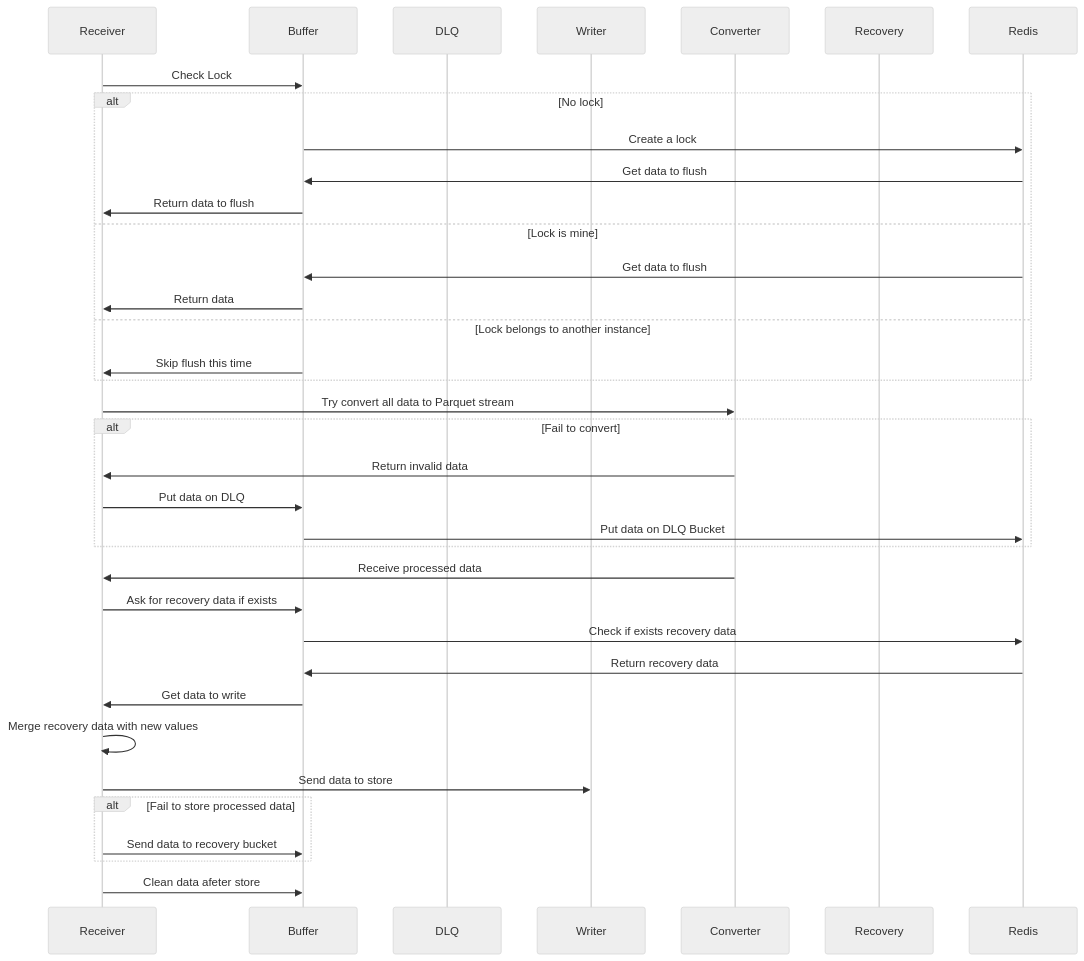
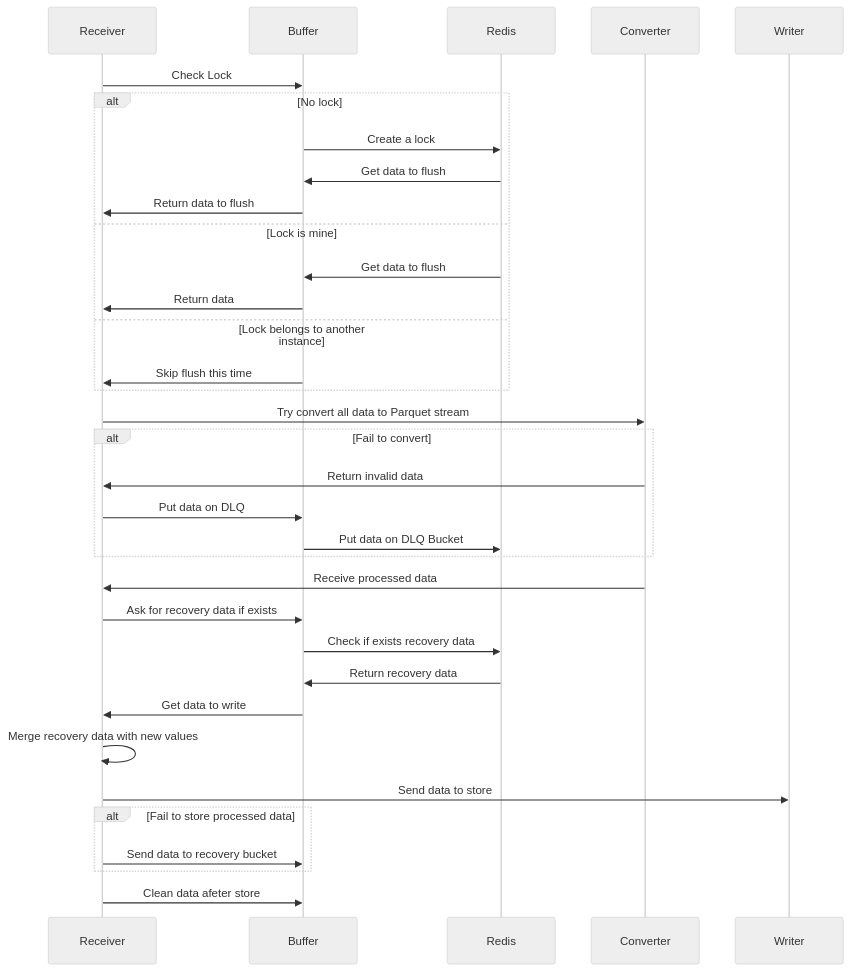
Before and after one commit to RafaelFino/Data2Parquet-go: the second of 2 diagrams in README.md, drawn with Mermaid (neutral theme). The commit also changed other lines of this file and 5 other files, not shown here.

````diff
--- a/README.md
+++ b/README.md
@@ -29,43 +28,41 @@
 ```mermaid
 sequenceDiagram
     participant Receiver
     participant Buffer
-    participant DLQ
-    participant Writer
-    participant Converter
-    participant Recovery
     participant Redis
+    participant Converter    
+	participant Writer
 
 	Receiver->>Buffer: Check Lock
 	alt No lock
 		Buffer->>Redis: Create a lock
 		Redis->>Buffer: Get data to flush
 		Buffer->>Receiver: Return data to flush
     else Lock is mine
 		Redis->>Buffer: Get data to flush
         Buffer->>Receiver: Return data		
     else Lock belongs to another instance
         Buffer->>Receiver: Skip flush this time
     end
 	
 	Receiver->>Converter: Try convert all data to Parquet stream	
 	alt Fail to convert
 		Converter->>Receiver: Return invalid data
 		Receiver->>Buffer: Put data on DLQ
 		Buffer->>Redis: Put data on DLQ Bucket
 	end
 	
 	Converter->>Receiver: Receive processed data
 	Receiver->>Buffer: Ask for recovery data if exists
 	Buffer->>Redis: Check if exists recovery data
 	Redis->>Buffer: Return recovery data
 	Buffer->>Receiver: Get data to write
 	Receiver->>Receiver: Merge recovery data with new values
 	Receiver->>Writer: Send data to store
 	
 	alt Fail to store processed data
 		Receiver->>Buffer: Send data to recovery bucket
 	end
 	Receiver->>Buffer: Clean data afeter store
 
 ```
````
